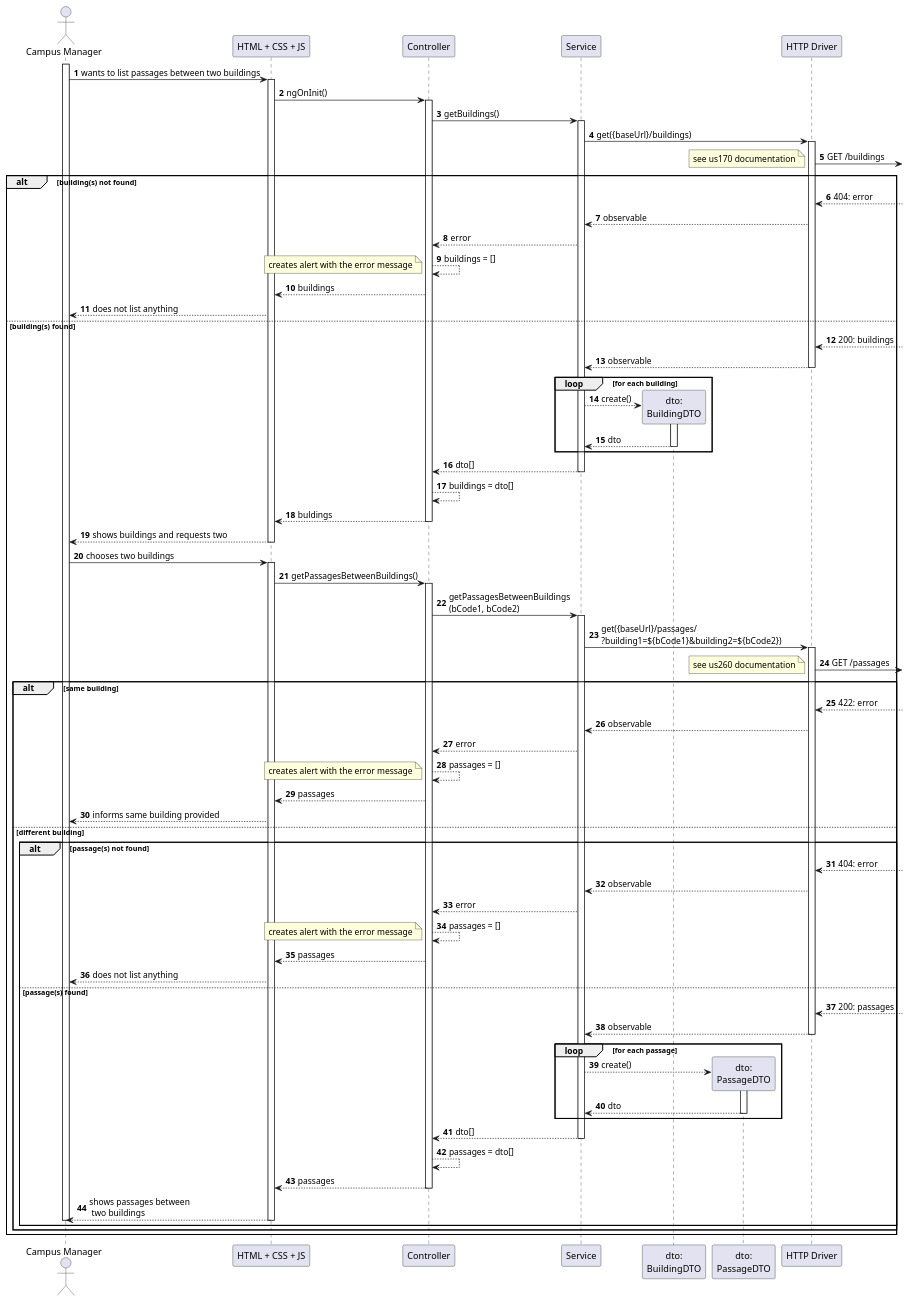
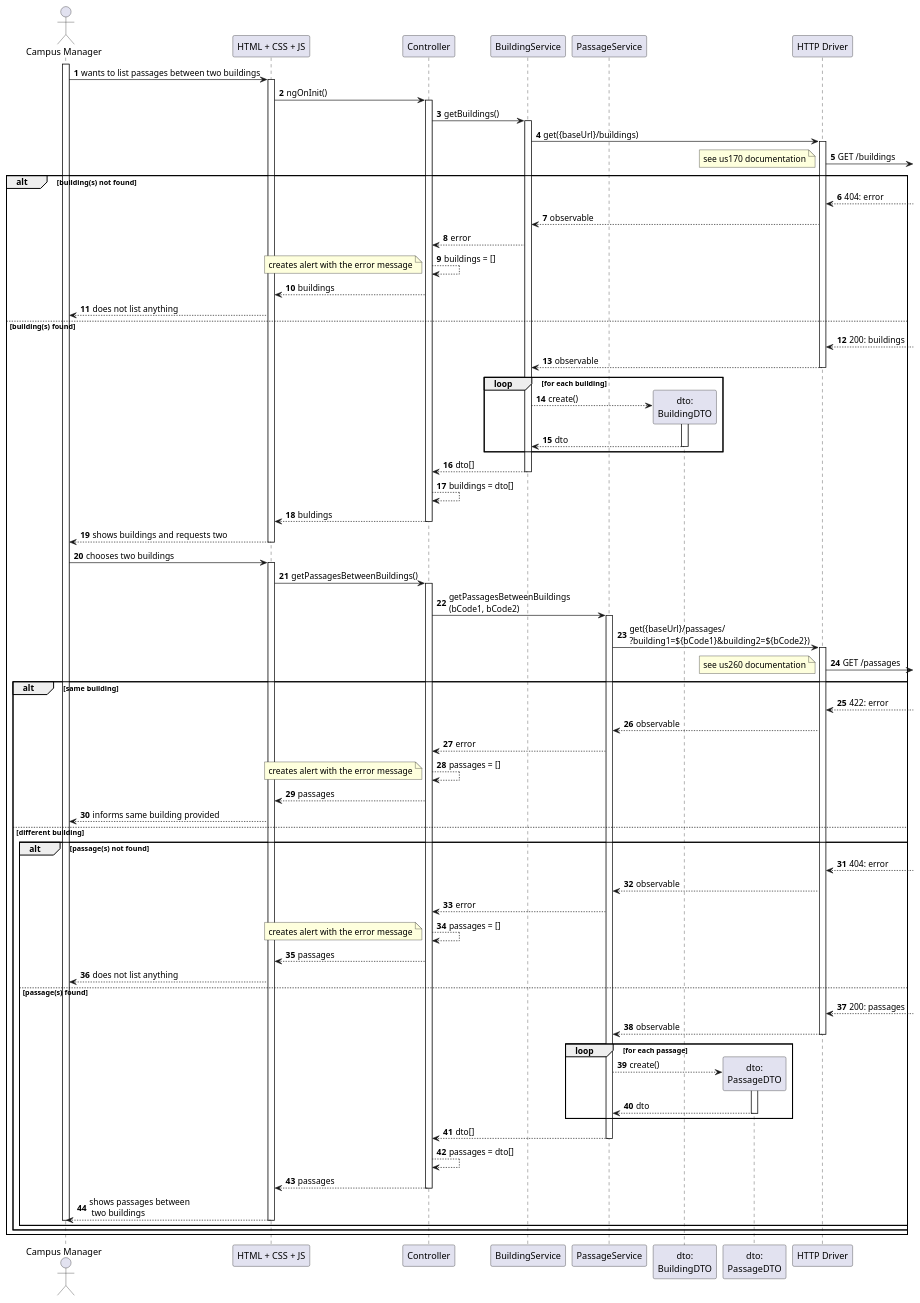
The diagram in docs/us1190/level3/process-view.puml (Departamento-de-Engenharia-Informatica/lapr5-23-24-g19), drawn with PlantUML before and after one commit. The commit also changed 9 other files, not shown here.

```diff
--- a/docs/us1190/level3/process-view.puml
+++ b/docs/us1190/level3/process-view.puml
@@ -1,123 +1,123 @@
 @startuml
 autonumber
 
 actor "Campus Manager" as usr
 
 participant "HTML + CSS + JS" as view
 participant "Controller" as ctrl
-participant "Service" as svc
+participant "BuildingService" as svcb
+participant "PassageService" as svcp
 participant "dto:\nBuildingDTO" as dto
 participant "dto:\nPassageDTO" as dtop
-
 participant "HTTP Driver" as http
 
 
 
 activate usr
     usr -> view : wants to list passages between two buildings
     activate view
         view -> ctrl : ngOnInit()
         activate ctrl
-            ctrl -> svc : getBuildings()
-            activate svc
-                svc -> http : get({baseUrl}/buildings)
+            ctrl -> svcb : getBuildings()
+            activate svcb
+                svcb -> http : get({baseUrl}/buildings)
                 activate http
                     http ->] : GET /buildings
                     note right : see us170 documentation
 
 
     alt building(s) not found
                         http <--] : 404: error
-                        http --> svc : observable
-                        svc --> ctrl : error
+                        http --> svcb : observable
+                        svcb --> ctrl : error
                         ctrl --> ctrl : buildings = []
                         note bottom : creates alert with the error message
                         ctrl --> view : buildings
                         view --> usr : does not list anything
 
     else building(s) found
                          http <--] : 200: buildings
 
 
-                    http --> svc : observable
+                    http --> svcb : observable
                 deactivate http
 
                 loop for each building
-                    svc --> dto** : create()
+                    svcb --> dto** : create()
                     activate dto
-                        dto --> svc : dto
+                        dto --> svcb : dto
                     deactivate dto
                 end
 
-                svc --> ctrl : dto[]
-            deactivate svc
+                svcb --> ctrl : dto[]
+            deactivate svcb
             ctrl --> ctrl : buildings = dto[]
             ctrl --> view : buldings
         deactivate ctrl
 
 
 
 
 
         view --> usr : shows buildings and requests two
     deactivate view
 
     usr -> view : chooses two buildings
     activate view
         view -> ctrl : getPassagesBetweenBuildings()
         activate ctrl
-            ctrl -> svc : getPassagesBetweenBuildings\n(bCode1, bCode2)
-            activate svc
-                svc -> http : get({baseUrl}/passages/\n?building1=${bCode1}&building2=${bCode2})
+            ctrl -> svcp : getPassagesBetweenBuildings\n(bCode1, bCode2)
+            activate svcp
+                svcp -> http : get({baseUrl}/passages/\n?building1=${bCode1}&building2=${bCode2})
                 activate http
                     http ->]  : GET /passages
 
                     note right : see us260 documentation
     alt same building
 
         http <--] : 422: error
-        http --> svc : observable
-        svc --> ctrl : error
+        http --> svcp : observable
+        svcp --> ctrl : error
         ctrl --> ctrl : passages = []
         note bottom : creates alert with the error message
         ctrl --> view : passages
         view --> usr : informs same building provided
 
     else different building
 
         alt passage(s) not found
                             http <--] : 404: error
-                            http --> svc : observable
-                            svc --> ctrl : error
+                            http --> svcp : observable
+                            svcp --> ctrl : error
                             ctrl --> ctrl : passages = []
                             note bottom : creates alert with the error message
                             ctrl --> view : passages
                             view --> usr : does not list anything
 
         else passage(s) found
                             http <--] : 200: passages
 
 
-                        http --> svc : observable
+                        http --> svcp : observable
                     deactivate http
 
                     loop for each passage
-                        svc --> dtop** : create()
+                        svcp --> dtop** : create()
                         activate dtop
-                            dtop --> svc : dto
+                            dtop --> svcp : dto
                         deactivate dtop
                     end
 
-                    svc --> ctrl : dto[]
-                deactivate svc
+                    svcp --> ctrl : dto[]
+                deactivate svcp
                 ctrl --> ctrl : passages = dto[]
                 ctrl --> view : passages
             deactivate ctrl
             view --> usr : shows passages between\n two buildings
         deactivate view
     deactivate usr
 end
 end
 end
 
 @enduml
```
